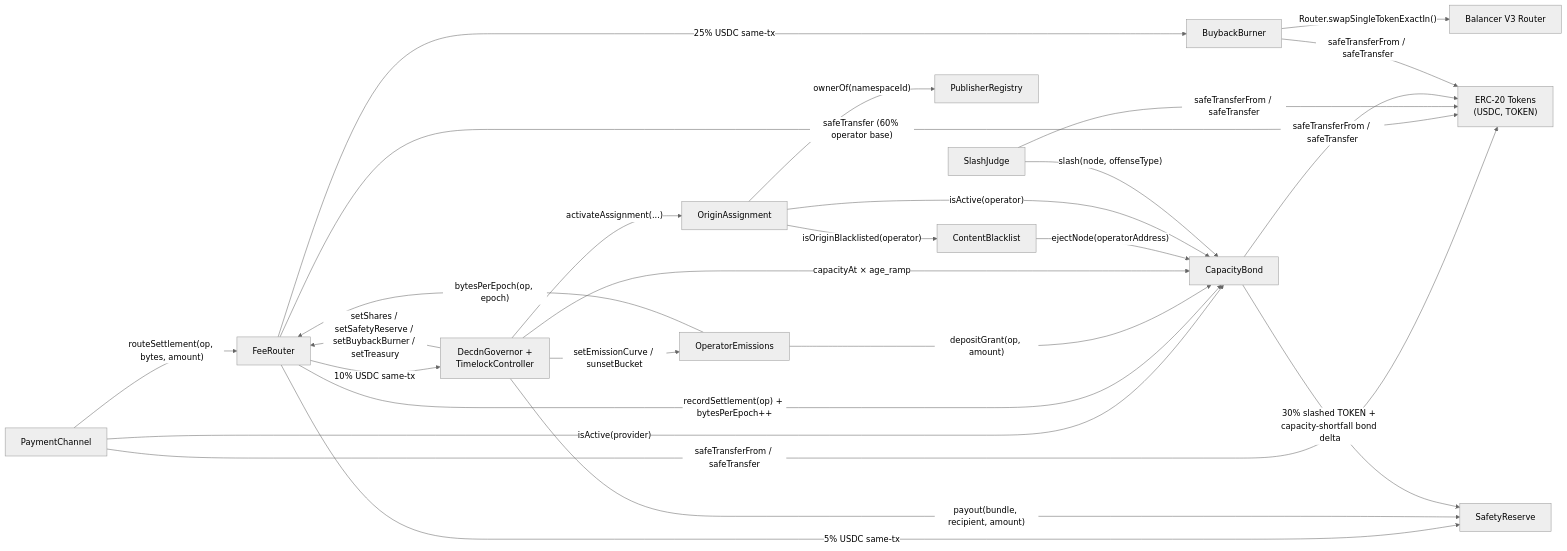
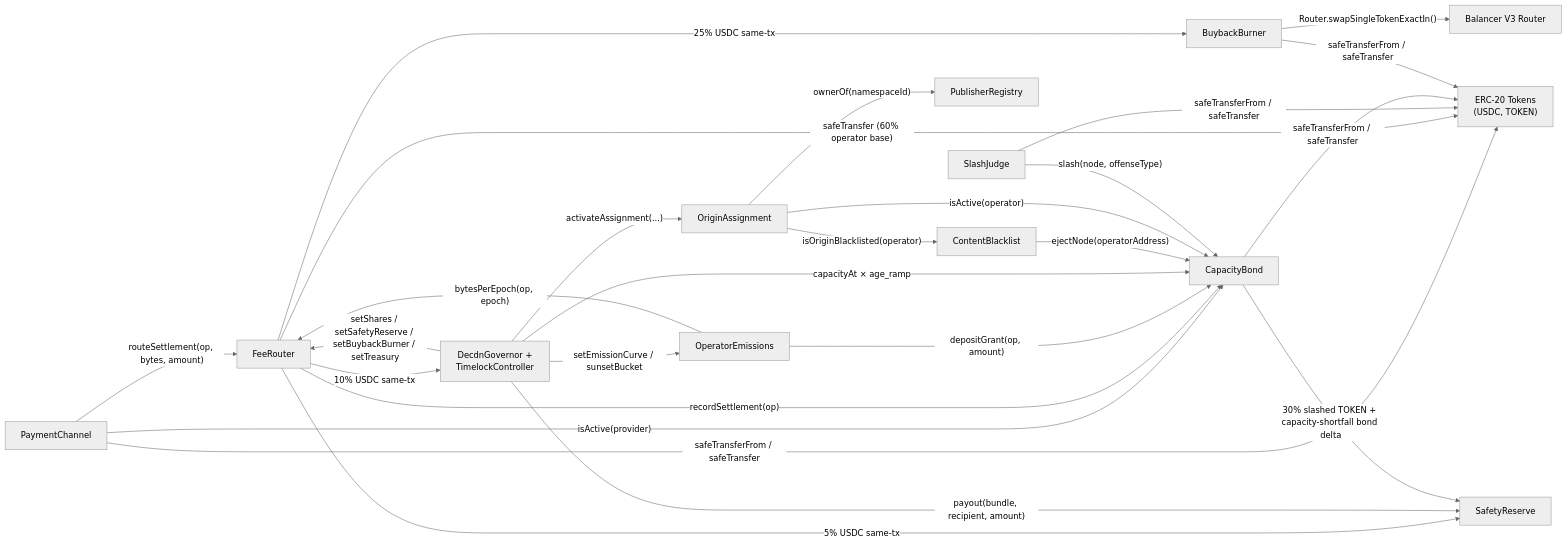
The third of 5 diagrams in adr/016-contract-interactions.md (decdn/decdn), drawn with Mermaid (neutral theme) before and after one commit. The commit also changed other lines of this file and 10 other files, not shown here.

First line of the commit message:
docs(adr): second-pass cleanup — stragglers + ADR 016 bytesPerEpoch fix

````diff
--- a/adr/016-contract-interactions.md
+++ b/adr/016-contract-interactions.md
@@ -398,42 +400,42 @@
 ```mermaid
 graph LR
     SPC["PaymentChannel"]
     CBOND["CapacityBond"]
     CB["ContentBlacklist"]
     PR["PublisherRegistry"]
     OA["OriginAssignment"]
     SJ["SlashJudge"]
     BB["BuybackBurner"]
     FR["FeeRouter"]
     OE["OperatorEmissions"]
     SAFE["SafetyReserve"]
     GOV["DecdnGovernor +<br/>TimelockController"]
     ERC["ERC-20 Tokens<br/>(USDC, TOKEN)"]
     BAL["Balancer V3 Router"]
 
     SPC -->|"isActive(provider)"| CBOND
     SPC -->|"safeTransferFrom / safeTransfer"| ERC
     SPC -->|"routeSettlement(op, bytes, amount)"| FR
-    FR -->|"recordSettlement(op) + bytesPerEpoch++"| CBOND
+    FR -->|"recordSettlement(op)"| CBOND
     FR -->|"25% USDC same-tx"| BB
     FR -->|"10% USDC same-tx"| GOV
     FR -->|"5% USDC same-tx"| SAFE
     FR -->|"safeTransfer (60% operator base)"| ERC
     OE -->|"bytesPerEpoch(op, epoch)"| FR
     OE -->|"depositGrant(op, amount)"| CBOND
     GOV -->|"capacityAt × age_ramp"| CBOND
     GOV -->|"payout(bundle, recipient, amount)"| SAFE
     GOV -->|"setShares / setSafetyReserve / setBuybackBurner / setTreasury"| FR
     GOV -->|"setEmissionCurve / sunsetBucket"| OE
     CB -->|"ejectNode(operatorAddress)"| CBOND
     OA -->|"isActive(operator)"| CBOND
     OA -->|"ownerOf(namespaceId)"| PR
     OA -->|"isOriginBlacklisted(operator)"| CB
     GOV -->|"activateAssignment(...)"| OA
     SJ -->|"slash(node, offenseType)"| CBOND
     SJ -->|"safeTransferFrom / safeTransfer"| ERC
     CBOND -->|"safeTransferFrom / safeTransfer"| ERC
     CBOND -->|"30% slashed TOKEN + capacity-shortfall bond delta"| SAFE
     BB -->|"Router.swapSingleTokenExactIn()"| BAL
     BB -->|"safeTransferFrom / safeTransfer"| ERC
 ```
````
